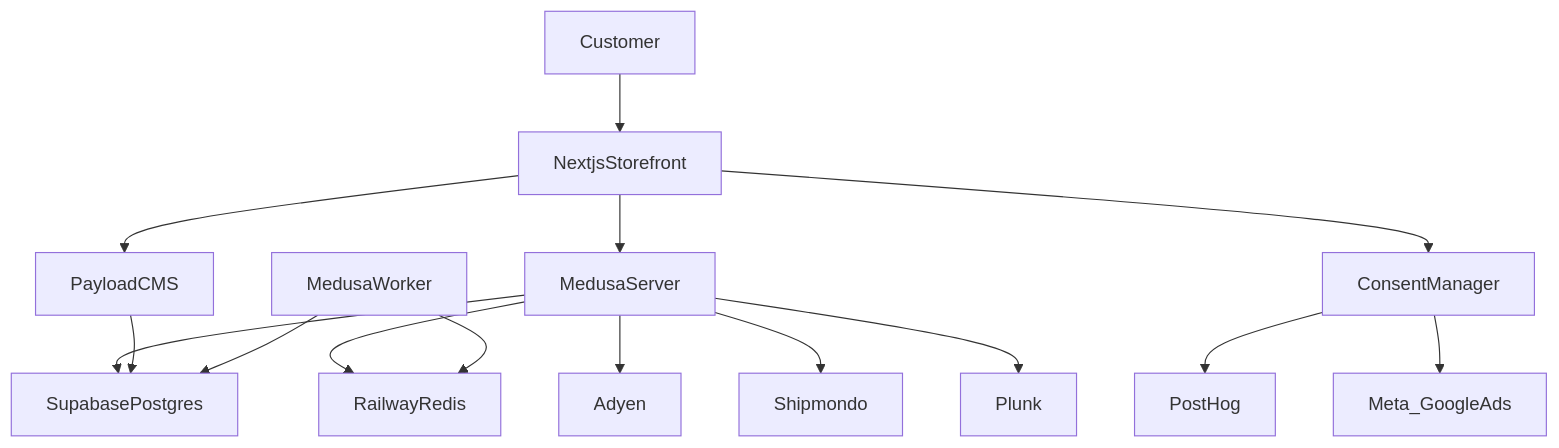
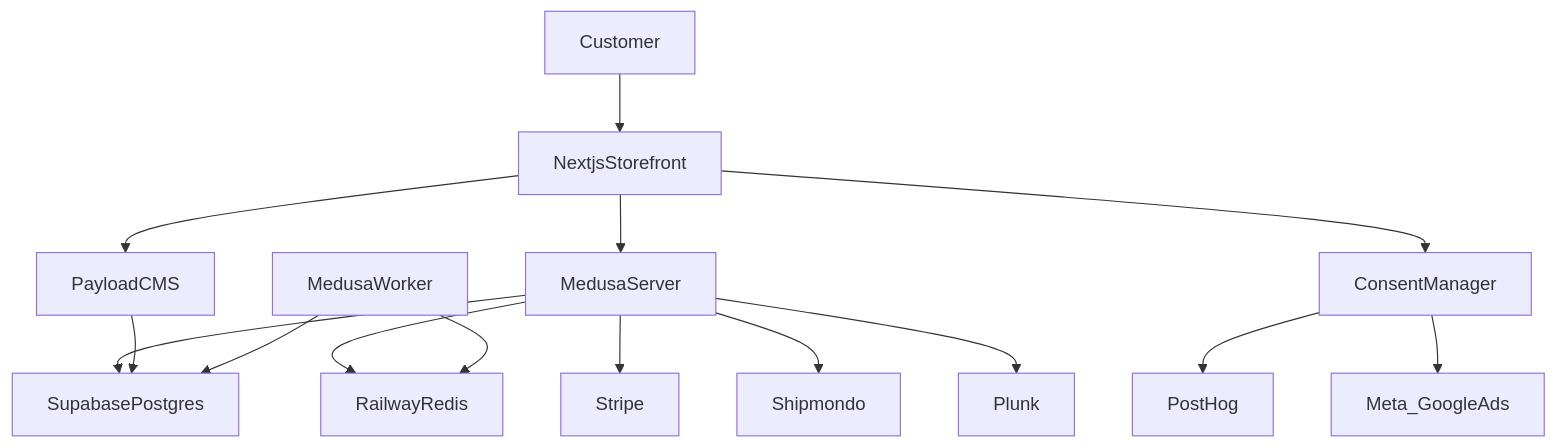
Before and after one commit to eskoubar95/guapo: the diagram in spec/02-architecture.md, drawn with Mermaid. The commit also changed other lines of this file and 956 other files, not shown here.

````diff
--- a/spec/02-architecture.md
+++ b/spec/02-architecture.md
@@ -52,17 +52,17 @@
 ```mermaid
 flowchart TD
   user[Customer] --> storefront[NextjsStorefront]
   storefront --> medusaServer[MedusaServer]
   storefront --> payload[PayloadCMS]
   medusaServer --> supabaseDb[SupabasePostgres]
   payload --> supabaseDb
   medusaServer --> redis[RailwayRedis]
   medusaWorker[MedusaWorker] --> redis
   medusaWorker --> supabaseDb
-  medusaServer --> adyen[Adyen]
+  medusaServer --> stripe[Stripe]
   medusaServer --> shipmondo[Shipmondo]
   medusaServer --> plunk[Plunk]
   storefront --> consent[ConsentManager]
   consent --> posthog[PostHog]
   consent --> pixels[Meta_GoogleAds]
 ```
````
